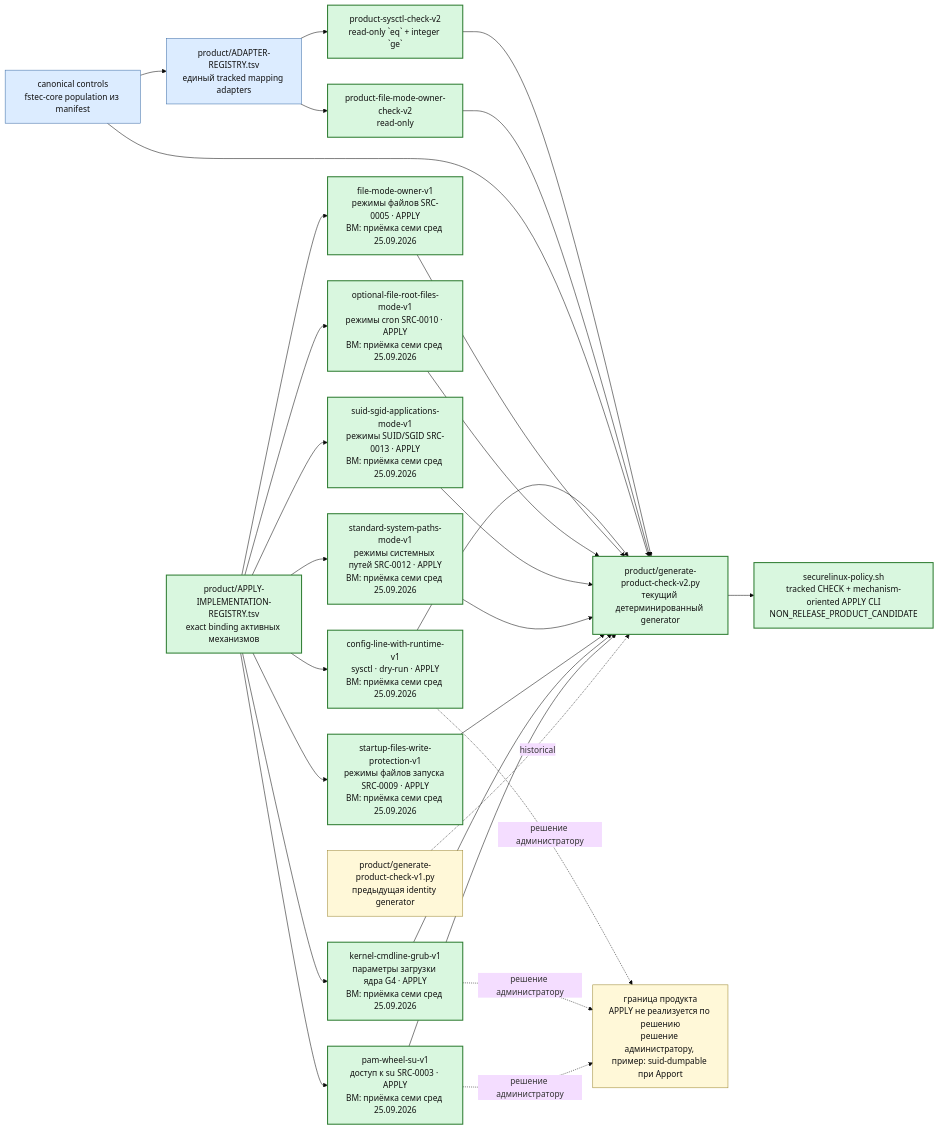
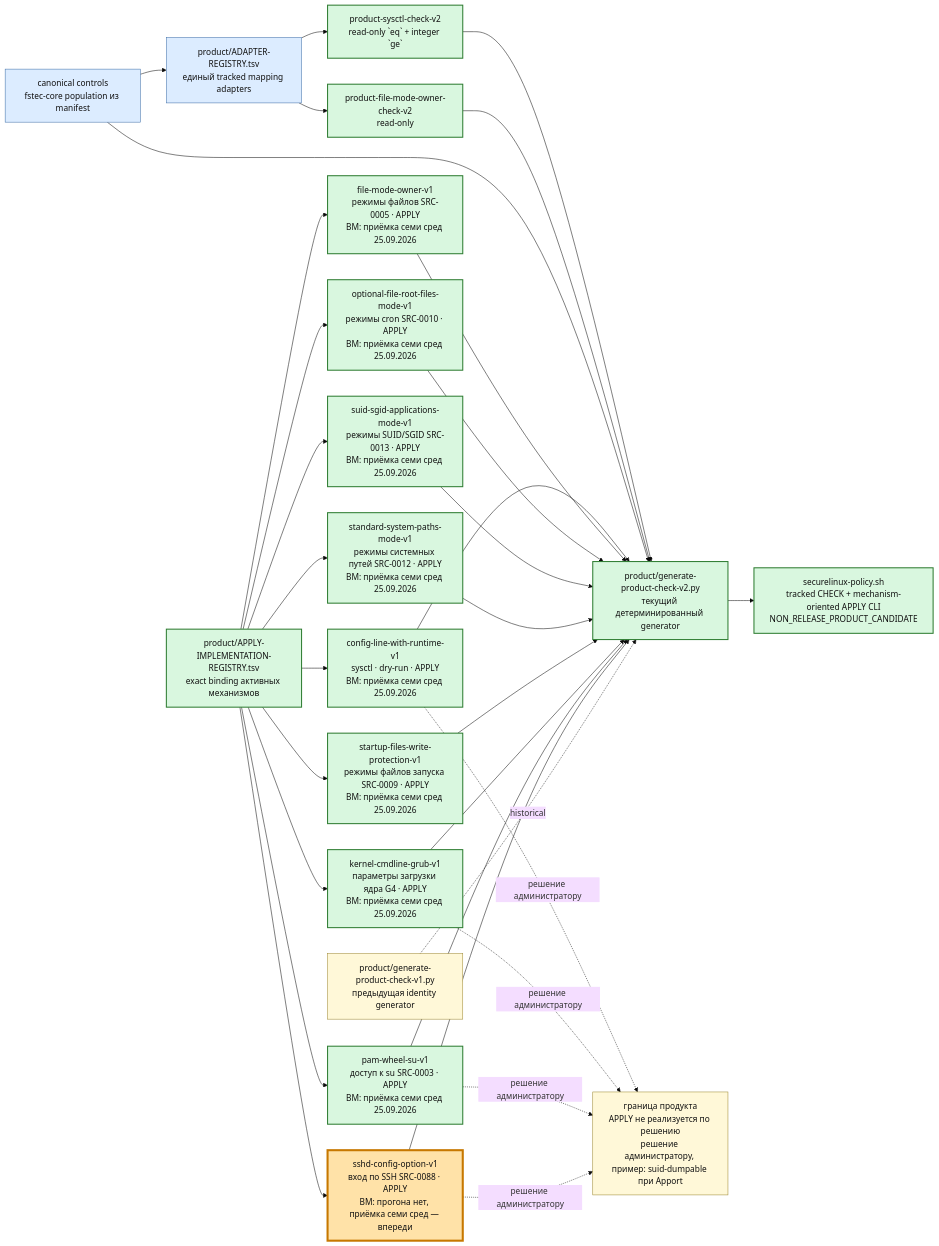
Before and after one commit to rasav65/SecureLinux-Policy: the third of 6 diagrams in docs/PROJECT-MAP.md, drawn with Mermaid (base theme). The commit also changed other lines of this file and 33 other files, not shown here.

First line of the commit message:
product: механизм APPLY sshd-config-option-v1 для fstec-configuration-2026 п.9.1

````diff
--- a/docs/PROJECT-MAP.md
+++ b/docs/PROJECT-MAP.md
@@ -206,44 +206,47 @@
 ```mermaid
 flowchart LR
     CTRLNOW["canonical controls<br/>fstec-core population из manifest"]:::component
     REG["product/ADAPTER-REGISTRY.tsv<br/>единый tracked mapping adapters"]:::component
     SYS["product-sysctl-check-v2<br/>read-only `eq` + integer `ge`"]:::closed
     FILE["product-file-mode-owner-check-v2<br/>read-only"]:::closed
     GEN1["product/generate-product-check-v1.py<br/>предыдущая identity generator"]:::note
     GEN2["product/generate-product-check-v2.py<br/>текущий детерминированный generator"]:::closed
     IMPLREG["product/APPLY-IMPLEMENTATION-REGISTRY.tsv<br/>exact binding активных механизмов"]:::closed
     APPLY1["config-line-with-runtime-v1<br/>sysctl · dry-run · APPLY<br/>ВМ: приёмка семи сред 25.09.2026"]:::closed
     APPLY2["file-mode-owner-v1<br/>режимы файлов SRC-0005 · APPLY<br/>ВМ: приёмка семи сред 25.09.2026"]:::closed
     APPLY3["optional-file-root-files-mode-v1<br/>режимы cron SRC-0010 · APPLY<br/>ВМ: приёмка семи сред 25.09.2026"]:::closed
     APPLY4["suid-sgid-applications-mode-v1<br/>режимы SUID/SGID SRC-0013 · APPLY<br/>ВМ: приёмка семи сред 25.09.2026"]:::closed
     APPLY5["standard-system-paths-mode-v1<br/>режимы системных путей SRC-0012 · APPLY<br/>ВМ: приёмка семи сред 25.09.2026"]:::closed
     APPLY6["startup-files-write-protection-v1<br/>режимы файлов запуска SRC-0009 · APPLY<br/>ВМ: приёмка семи сред 25.09.2026"]:::closed
     APPLY7["kernel-cmdline-grub-v1<br/>параметры загрузки ядра G4 · APPLY<br/>ВМ: приёмка семи сред 25.09.2026"]:::closed
     APPLY8["pam-wheel-su-v1<br/>доступ к su SRC-0003 · APPLY<br/>ВМ: приёмка семи сред 25.09.2026"]:::closed
+    APPLY9["sshd-config-option-v1<br/>вход по SSH SRC-0088 · APPLY<br/>ВМ: прогона нет, приёмка семи сред — впереди"]:::current
     CLI["securelinux-policy.sh<br/>tracked CHECK + mechanism-oriented APPLY CLI<br/>NON_RELEASE_PRODUCT_CANDIDATE"]:::closed
     ADMIN["граница продукта<br/>APPLY не реализуется по решению<br/>решение администратору, пример: suid-dumpable при Apport"]:::note
 
     CTRLNOW --> REG
     REG --> SYS
     REG --> FILE
     SYS --> GEN2
     FILE --> GEN2
     CTRLNOW --> GEN2 --> CLI
     IMPLREG --> APPLY1 --> GEN2
     IMPLREG --> APPLY2 --> GEN2
     IMPLREG --> APPLY3 --> GEN2
     IMPLREG --> APPLY4 --> GEN2
     IMPLREG --> APPLY5 --> GEN2
     IMPLREG --> APPLY6 --> GEN2
     IMPLREG --> APPLY7 --> GEN2
     IMPLREG --> APPLY8 --> GEN2
+    IMPLREG --> APPLY9 --> GEN2
     APPLY1 -. решение администратору .-> ADMIN
     APPLY7 -. решение администратору .-> ADMIN
     APPLY8 -. решение администратору .-> ADMIN
+    APPLY9 -. решение администратору .-> ADMIN
     GEN1 -. historical .-> GEN2
 
     classDef closed fill:#d9f7df,stroke:#2f7d32,color:#111,stroke-width:2px;
     classDef component fill:#dcecff,stroke:#3e6ea8,color:#111;
     classDef current fill:#ffe2a8,stroke:#c77800,color:#111,stroke-width:4px;
     classDef note fill:#fff8d8,stroke:#9d8730,color:#111;
 ```
````
